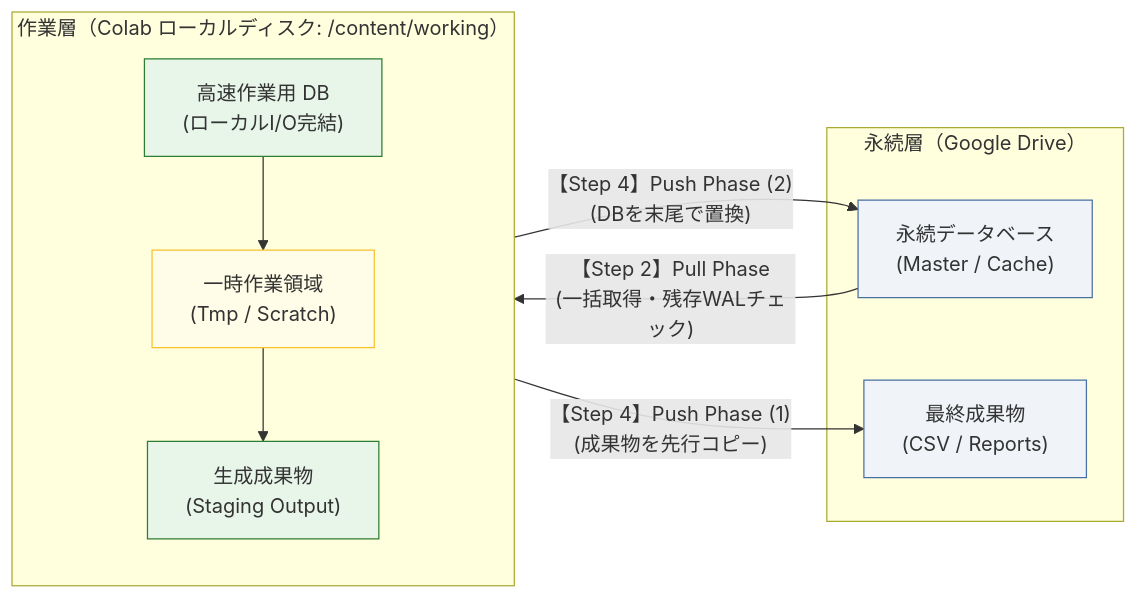
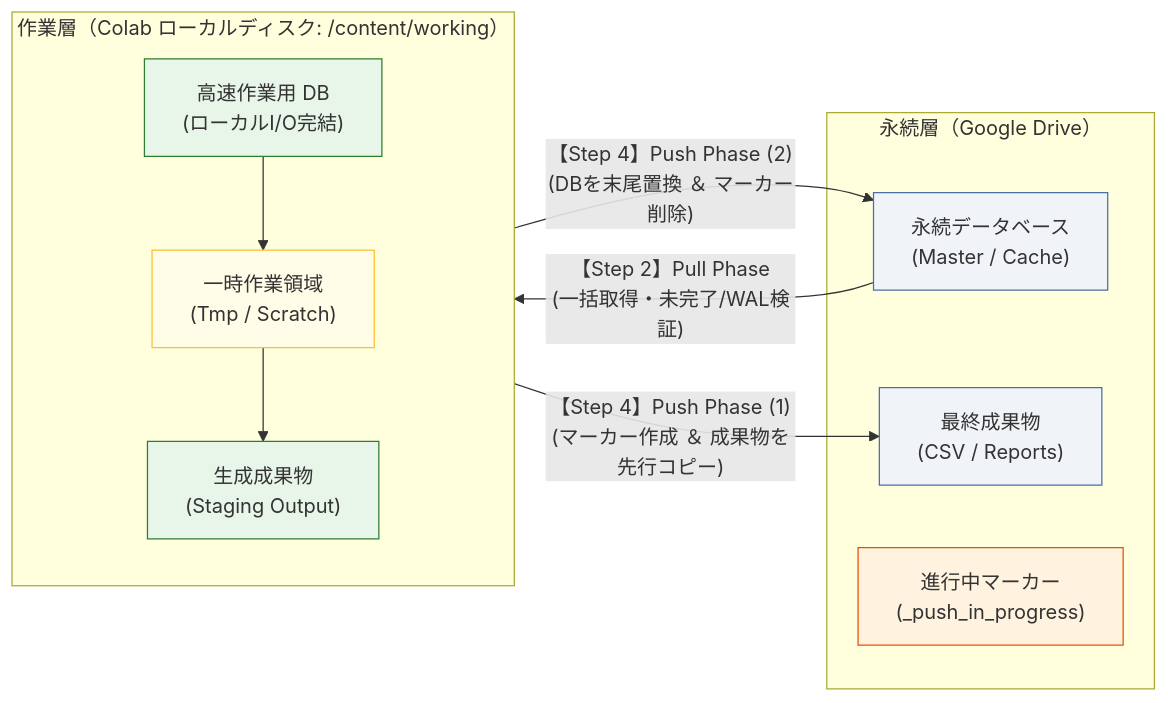
Before and after one commit to akkyey/stock-analyzer-core: the diagram in docs/articles/qiita_part6_colab_ephemeral_storage_architecture.md, drawn with Mermaid. The commit also changed other lines of this file and 1 other file, not shown here.

````diff
--- a/docs/articles/qiita_part6_colab_ephemeral_storage_architecture.md
+++ b/docs/articles/qiita_part6_colab_ephemeral_storage_architecture.md
@@ -181,25 +181,27 @@
 ```mermaid
 flowchart LR
     subgraph Persistent["永続層（Google Drive）"]
         DriveDB["永続データベース<br/>(Master / Cache)"]
         DriveOut["最終成果物<br/>(CSV / Reports)"]
+        DriveMarker["進行中マーカー<br/>(_push_in_progress)"]
     end
 
     subgraph Ephemeral["作業層（Colab ローカルディスク: /content/working）"]
         direction TB
         LocalDB["高速作業用 DB<br/>(ローカルI/O完結)"]
         LocalWork["一時作業領域<br/>(Tmp / Scratch)"]
         LocalOut["生成成果物<br/>(Staging Output)"]
     end
 
-    DriveDB -- "【Step 2】Pull Phase<br/>(一括取得・残存WALチェック)" --> LocalDB
+    DriveDB -- "【Step 2】Pull Phase<br/>(一括取得・未完了/WAL検証)" --> LocalDB
     LocalDB --> LocalWork --> LocalOut
-    LocalOut -- "【Step 4】Push Phase (1)<br/>(成果物を先行コピー)" --> DriveOut
-    LocalDB -- "【Step 4】Push Phase (2)<br/>(DBを末尾で置換)" --> DriveDB
+    LocalOut -- "【Step 4】Push Phase (1)<br/>(マーカー作成 ＆ 成果物を先行コピー)" --> DriveOut
+    LocalDB -- "【Step 4】Push Phase (2)<br/>(DBを末尾置換 ＆ マーカー削除)" --> DriveDB
 
     style DriveDB fill:#f0f4f8,stroke:#4a6fa5,stroke-width:1px,color:#333
     style DriveOut fill:#f0f4f8,stroke:#4a6fa5,stroke-width:1px,color:#333
+    style DriveMarker fill:#fff3e0,stroke:#e65100,stroke-width:1px,color:#333
     style LocalDB fill:#e8f5e9,stroke:#2e7d32,stroke-width:1px,color:#333
     style LocalWork fill:#fffde7,stroke:#fbc02d,stroke-width:1px,color:#333
     style LocalOut fill:#e8f5e9,stroke:#2e7d32,stroke-width:1px,color:#333
 ```
````
